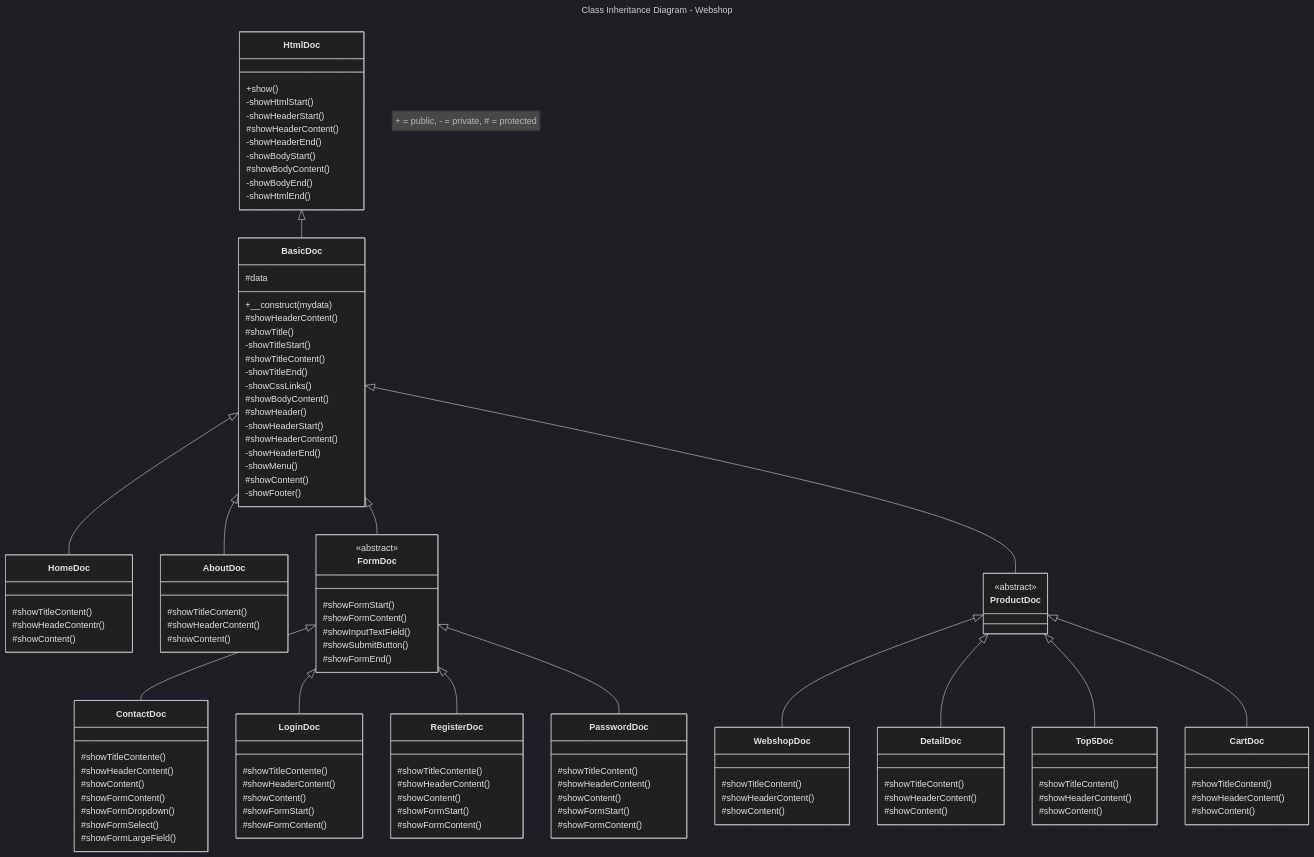
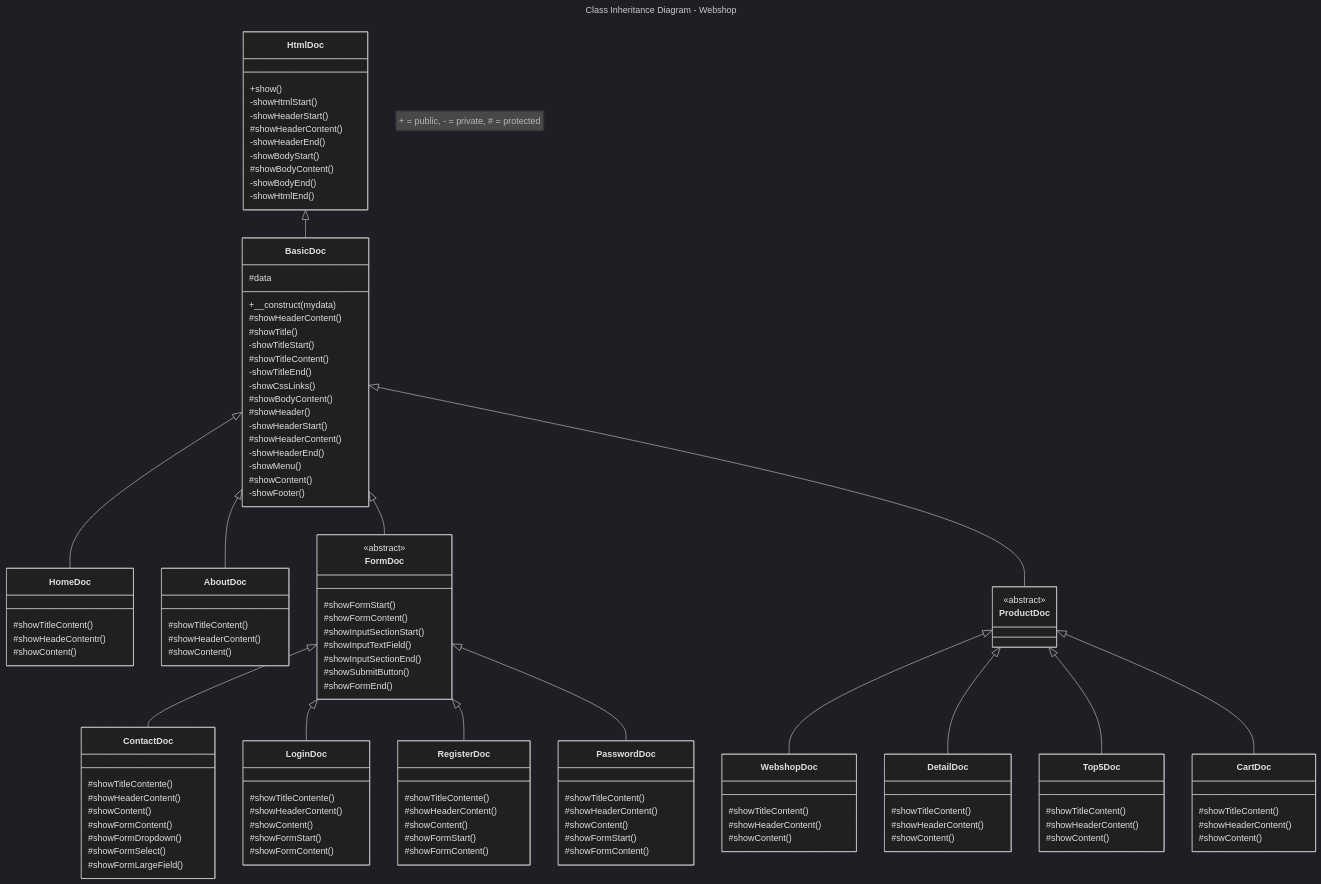
One commit to JeroenHeemskerk/educom-webshop-oop-1708595373 changed the diagram in Diagrams/class-inheritance-diagram-webshop.md. Above: the diagram before and after it, drawn with Mermaid (dark theme).

```diff
--- a/Diagrams/class-inheritance-diagram-webshop.md
+++ b/Diagrams/class-inheritance-diagram-webshop.md
@@ -65,7 +65,9 @@
         <<abstract>>
         #showFormStart()
         #showFormContent()
+        #showInputSectionStart()
         #showInputTextField()
+        #showInputSectionEnd()
         #showSubmitButton()
         #showFormEnd()
     }
```
